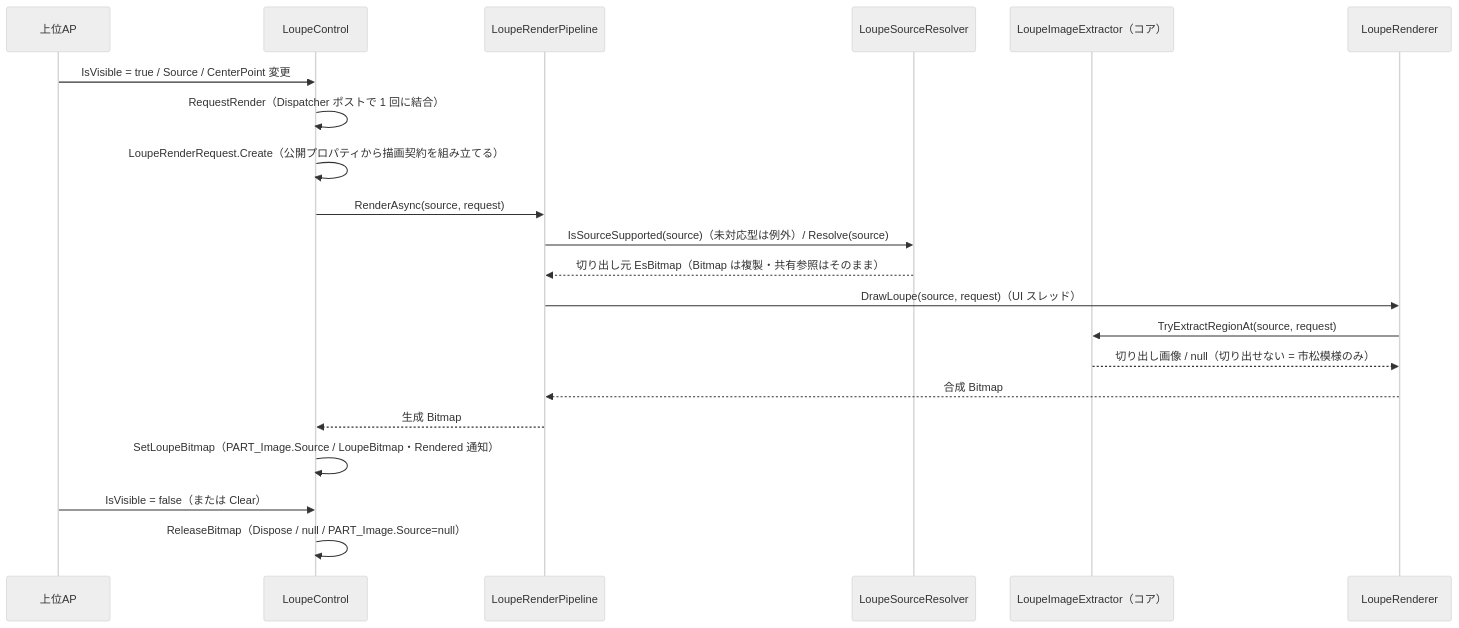
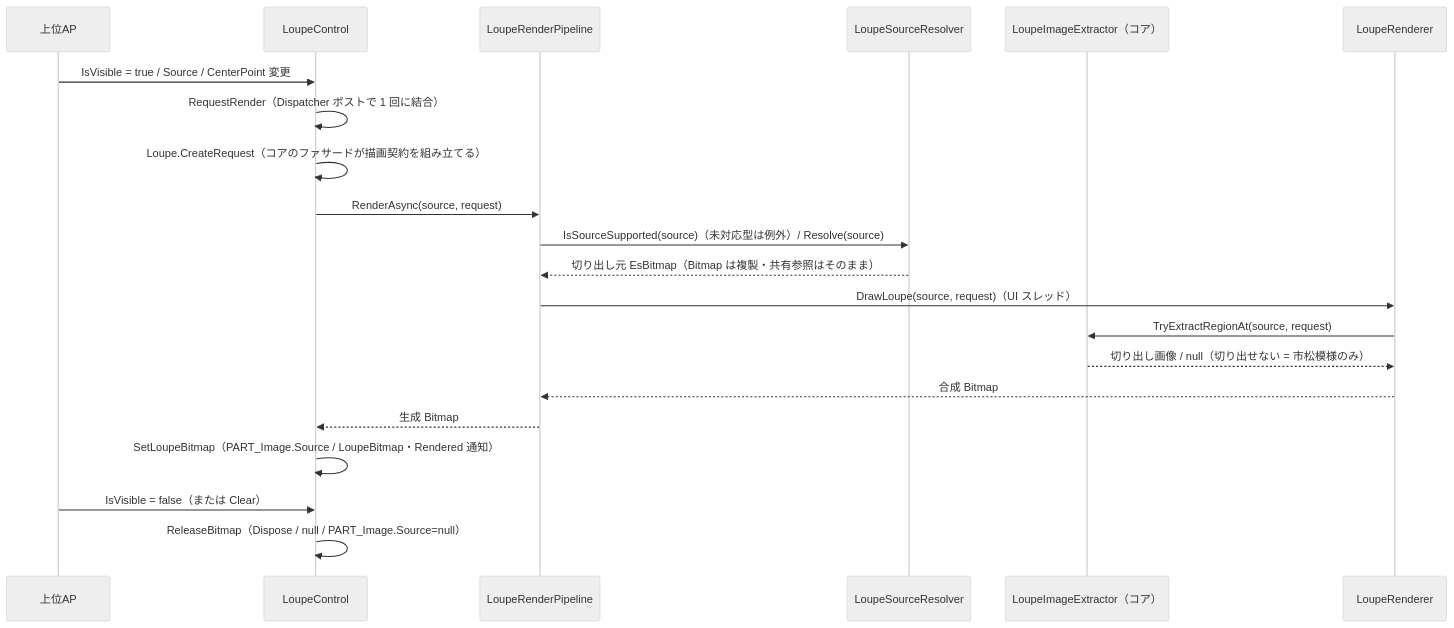
Before and after one commit to tomokuni/SaveEvidence: the second of 2 diagrams in src/LoupeControl.AvaloniaUI/SPEC_System.md, drawn with Mermaid (neutral theme). The commit also changed other lines of this file and 201 other files, not shown here.

````diff
--- a/src/LoupeControl.AvaloniaUI/SPEC_System.md
+++ b/src/LoupeControl.AvaloniaUI/SPEC_System.md
@@ -248,25 +249,25 @@
 ```mermaid
 sequenceDiagram
     participant AP as 上位AP
     participant Ctl as LoupeControl
     participant Pl as LoupeRenderPipeline
     participant Sr as LoupeSourceResolver
     participant Ext as LoupeImageExtractor（コア）
     participant Rdr as LoupeRenderer
 
     AP->>Ctl: IsVisible = true / Source / CenterPoint 変更
     Ctl->>Ctl: RequestRender（Dispatcher ポストで 1 回に結合）
-    Ctl->>Ctl: LoupeRenderRequest.Create（公開プロパティから描画契約を組み立てる）
+    Ctl->>Ctl: Loupe.CreateRequest（コアのファサードが描画契約を組み立てる）
     Ctl->>Pl: RenderAsync(source, request)
     Pl->>Sr: IsSourceSupported(source)（未対応型は例外）/ Resolve(source)
     Sr-->>Pl: 切り出し元 EsBitmap（Bitmap は複製・共有参照はそのまま）
     Pl->>Rdr: DrawLoupe(source, request)（UI スレッド）
     Rdr->>Ext: TryExtractRegionAt(source, request)
     Ext-->>Rdr: 切り出し画像 / null（切り出せない = 市松模様のみ）
     Rdr-->>Pl: 合成 Bitmap
     Pl-->>Ctl: 生成 Bitmap
     Ctl->>Ctl: SetLoupeBitmap（PART_Image.Source / LoupeBitmap・Rendered 通知）
 
     AP->>Ctl: IsVisible = false（または Clear）
     Ctl->>Ctl: ReleaseBitmap（Dispose / null / PART_Image.Source=null）
 ```
````
